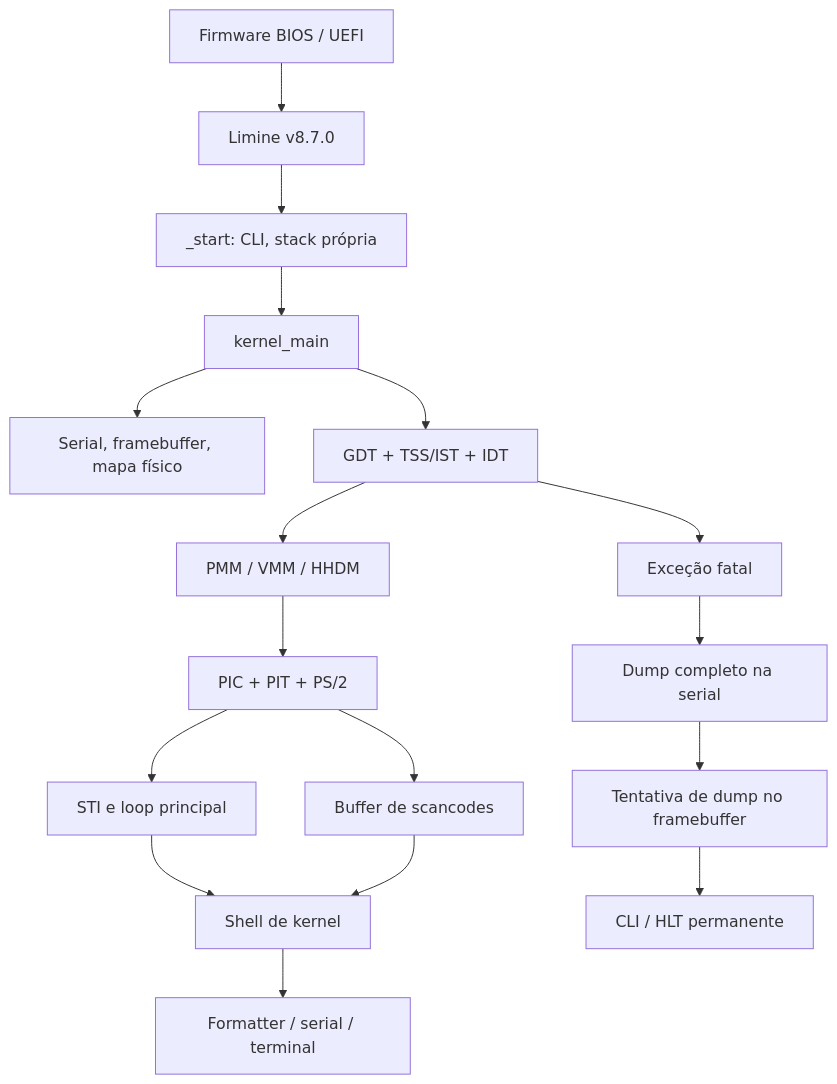
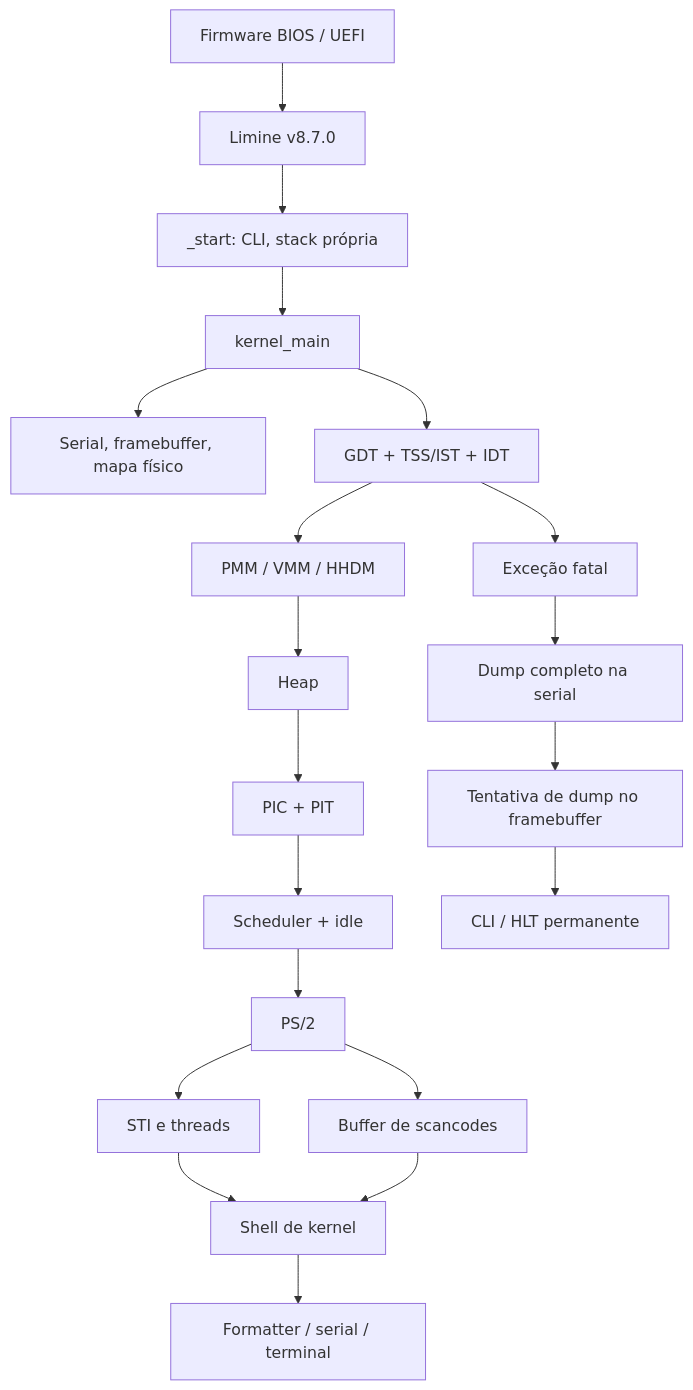
One commit to zaureliu/UtamoOS changed the diagram in docs/architecture.md. Above: the diagram before and after it, drawn with Mermaid. The commit also changed other lines of this file and 7 other files, not shown here.

````diff
--- a/docs/architecture.md
+++ b/docs/architecture.md
@@ -8,19 +9,22 @@
 ```mermaid
 flowchart TD
     firmware[Firmware BIOS / UEFI] --> limine[Limine v8.7.0]
     limine --> entry[_start: CLI, stack própria]
     entry --> main[kernel_main]
     main --> boot[Serial, framebuffer, mapa físico]
     main --> desc[GDT + TSS/IST + IDT]
     desc --> memory[PMM / VMM / HHDM]
-    memory --> irq[PIC + PIT + PS/2]
-    irq --> loop[STI e loop principal]
+    memory --> heap[Heap]
+    heap --> irq[PIC + PIT]
+    irq --> scheduler[Scheduler + idle]
+    scheduler --> keyboard[PS/2]
+    keyboard --> loop[STI e threads]
     loop --> shell[Shell de kernel]
     shell --> out[Formatter / serial / terminal]
-    irq --> input[Buffer de scancodes]
+    keyboard --> input[Buffer de scancodes]
     input --> shell
     desc --> fault[Exceção fatal]
     fault --> serial[Dump completo na serial]
     serial --> display[Tentativa de dump no framebuffer]
     display --> stop[CLI / HLT permanente]
 ```
````
